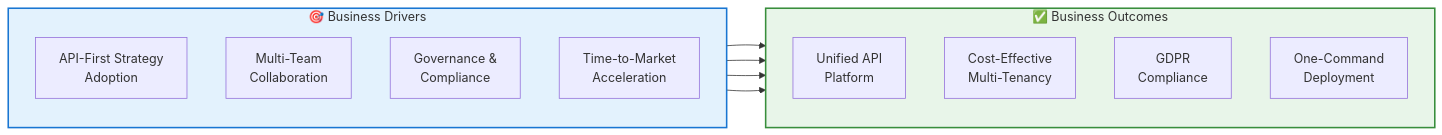
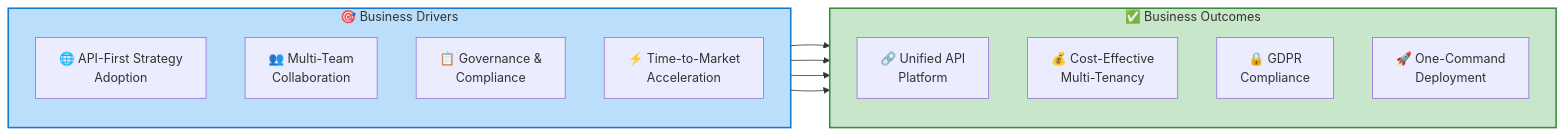
Before and after one commit to Evilazaro/APIM-Accelerator: the first of 10 diagrams in docs/architecture/Business_Architecture_Document.md, drawn with Mermaid. The commit also changed other lines of this file and 1 other file, not shown here.

Commit message:
Enhance Data Architecture Document with improved flowcharts and semantic icons for better clarity and visual appeal

````diff
--- a/docs/architecture/Business_Architecture_Document.md
+++ b/docs/architecture/Business_Architecture_Document.md
@@ -44,27 +44,30 @@
 ```mermaid
 %%{init: {"flowchart": {"htmlLabels": false}} }%%
+%% ============================================
+%% COLOR SCHEME: Semantic (drivers=blue, outcomes=green)
+%% ============================================
 flowchart LR
     subgraph drivers["🎯 Business Drivers"]
         direction TB
-        D1["API-First Strategy<br/>Adoption"]
-        D2["Multi-Team<br/>Collaboration"]
-        D3["Governance &<br/>Compliance"]
-        D4["Time-to-Market<br/>Acceleration"]
+        D1["🌐 API-First Strategy<br/>Adoption"]
+        D2["👥 Multi-Team<br/>Collaboration"]
+        D3["📋 Governance &<br/>Compliance"]
+        D4["⚡ Time-to-Market<br/>Acceleration"]
     end
 
     subgraph outcomes["✅ Business Outcomes"]
         direction TB
-        O1["Unified API<br/>Platform"]
-        O2["Cost-Effective<br/>Multi-Tenancy"]
-        O3["GDPR<br/>Compliance"]
-        O4["One-Command<br/>Deployment"]
+        O1["🔗 Unified API<br/>Platform"]
+        O2["💰 Cost-Effective<br/>Multi-Tenancy"]
+        O3["🔒 GDPR<br/>Compliance"]
+        O4["🚀 One-Command<br/>Deployment"]
     end
 
     D1 --> O1
     D2 --> O2
     D3 --> O3
     D4 --> O4
 
-    style drivers fill:#E3F2FD,stroke:#1976D2,stroke-width:2px
-    style outcomes fill:#E8F5E9,stroke:#388E3C,stroke-width:2px
+    style drivers fill:#BBDEFB,stroke:#1976D2,stroke-width:2px
+    style outcomes fill:#C8E6C9,stroke:#388E3C,stroke-width:2px
 ```
````
